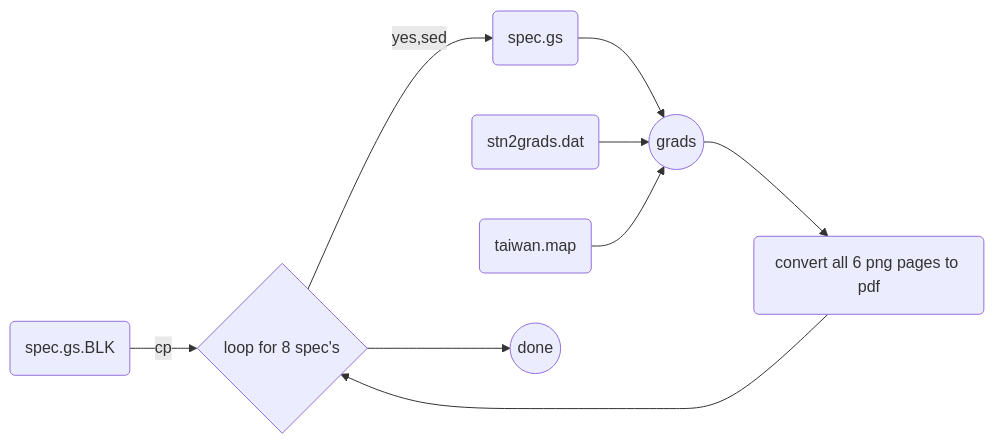
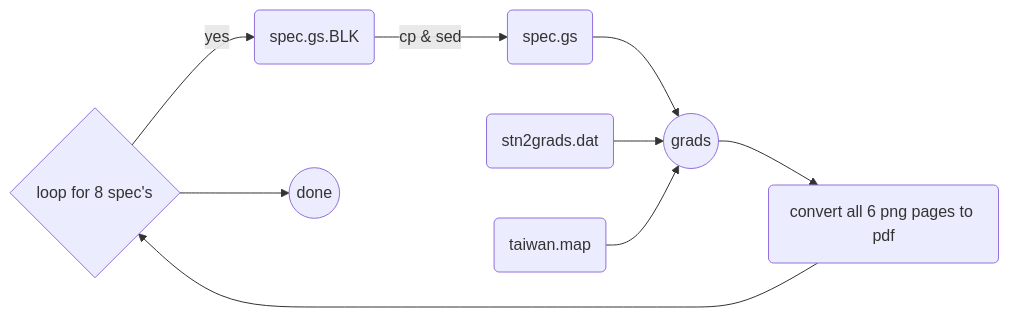
Before and after one commit to sinotec2/FAQ: the third of 3 diagrams in _posts/2022-07-21-ovm2grads.md, drawn with Mermaid. The commit also changed other lines of this file, not shown here.

````diff
--- a/_posts/2022-07-21-ovm2grads.md
+++ b/_posts/2022-07-21-ovm2grads.md
@@ -51,11 +51,11 @@
 ```mermaid
 graph LR
-    A(spec.gs.BLK) -- cp --> D{loop for 8 spec's}
-    D -- yes,sed --> B(spec.gs)
+    D{loop for 8 spec's} -- yes --> A(spec.gs.BLK)
+    A -- cp & sed --> B(spec.gs)
     B --> E((grads))
-    C(stn2grads.dat) --> E((grads))
-    I(taiwan.map) --> E((grads))
+    C(stn2grads.dat) --> E
+    I(taiwan.map) --> E
     E --> F(convert all 6 png pages to pdf)
     F --> D
     D --> G((done))
 ```
````
